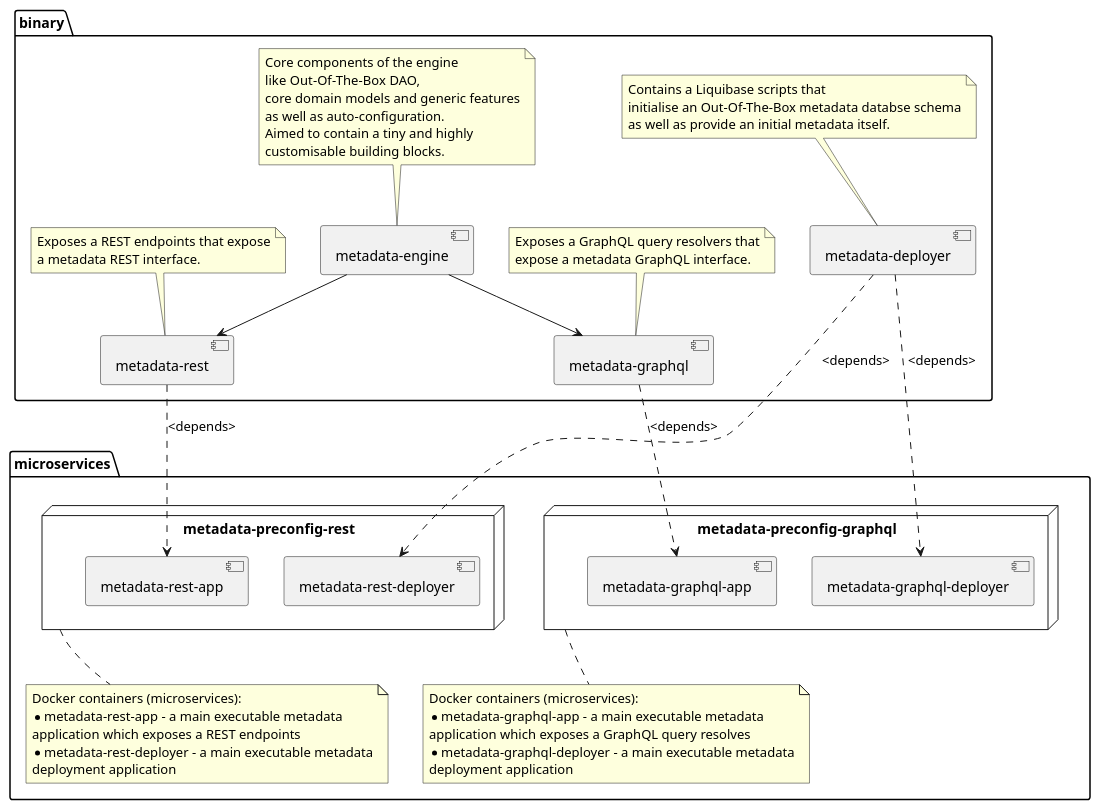
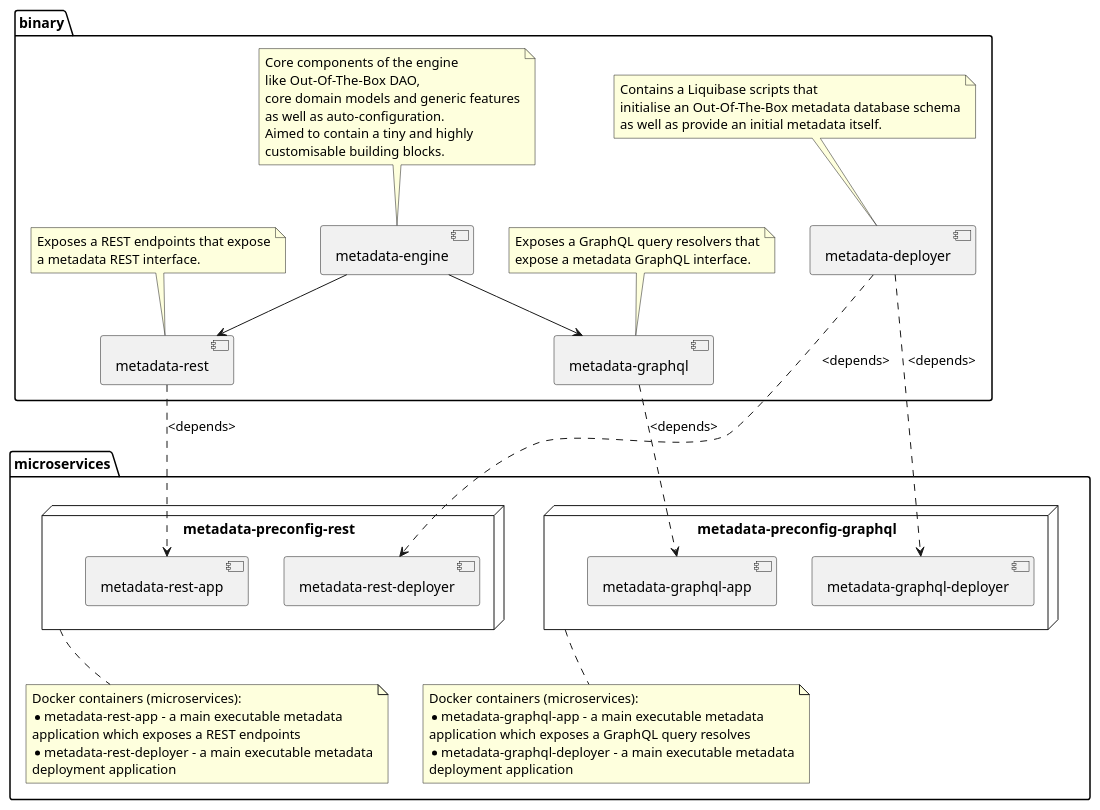
One commit to thy3368/metadata changed the diagram in docs/high_level.puml. Above: the diagram before and after it, drawn with PlantUML. The commit also changed 1 other file, not shown here.

```diff
--- a/docs/high_level.puml
+++ b/docs/high_level.puml
@@ -1,69 +1,69 @@
 @startuml
 
 top to bottom direction
 
 package binary {
   [metadata-deployer] as md
   note top of md
     Contains a Liquibase scripts that
-    initialise an Out-Of-The-Box metadata databse schema
+    initialise an Out-Of-The-Box metadata database schema
     as well as provide an initial metadata itself.
   end note
   [metadata-engine] as me
   note top of me
     Core components of the engine
     like Out-Of-The-Box DAO,
     core domain models and generic features
     as well as auto-configuration.
     Aimed to contain a tiny and highly
     customisable building blocks.
   end note
   [metadata-rest] as mr
   note top of mr
     Exposes a REST endpoints that expose
     a metadata REST interface.
   end note
   [metadata-graphql] as mg
   note top of mg
     Exposes a GraphQL query resolvers that
     expose a metadata GraphQL interface.
   end note
   me -down-> mr
   me -down-> mg
 }
 
 package microservices {
   node metadata-preconfig-rest as restnode {
     [metadata-rest-app] as mpr
     [metadata-rest-deployer] as mprd
 
     mr .down.> mpr: <depends>
     md .down.> mprd: <depends>
   }
 
   note bottom of restnode
     Docker containers (microservices):
     * metadata-rest-app - a main executable metadata
     application which exposes a REST endpoints
     * metadata-rest-deployer - a main executable metadata
     deployment application
   end note
 
   node metadata-preconfig-graphql as graphqlnode {
     [metadata-graphql-app] as mpg
     [metadata-graphql-deployer] as mpgd
 
     mg .down.> mpg: <depends>
     md .down.> mpgd: <depends>
   }
 
   note bottom of graphqlnode
     Docker containers (microservices):
     * metadata-graphql-app - a main executable metadata
     application which exposes a GraphQL query resolves
     * metadata-graphql-deployer - a main executable metadata
     deployment application
   end note
 }
 
 @enduml
```
